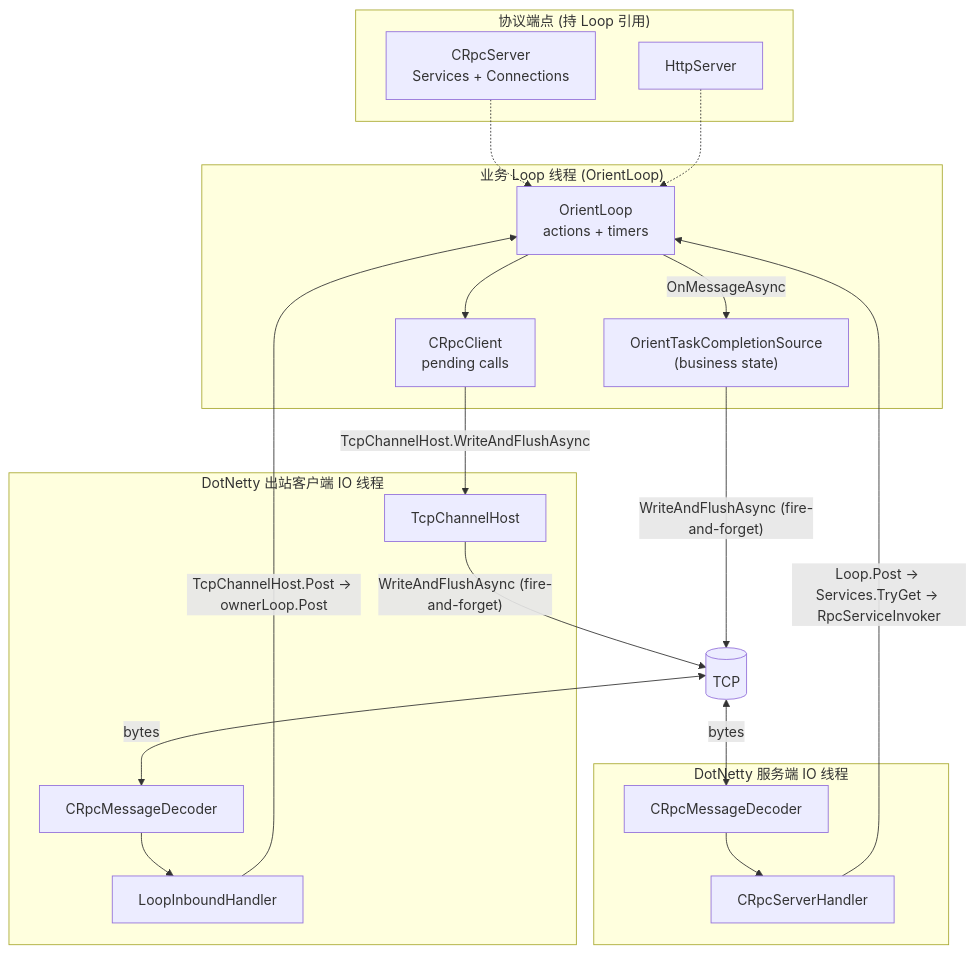
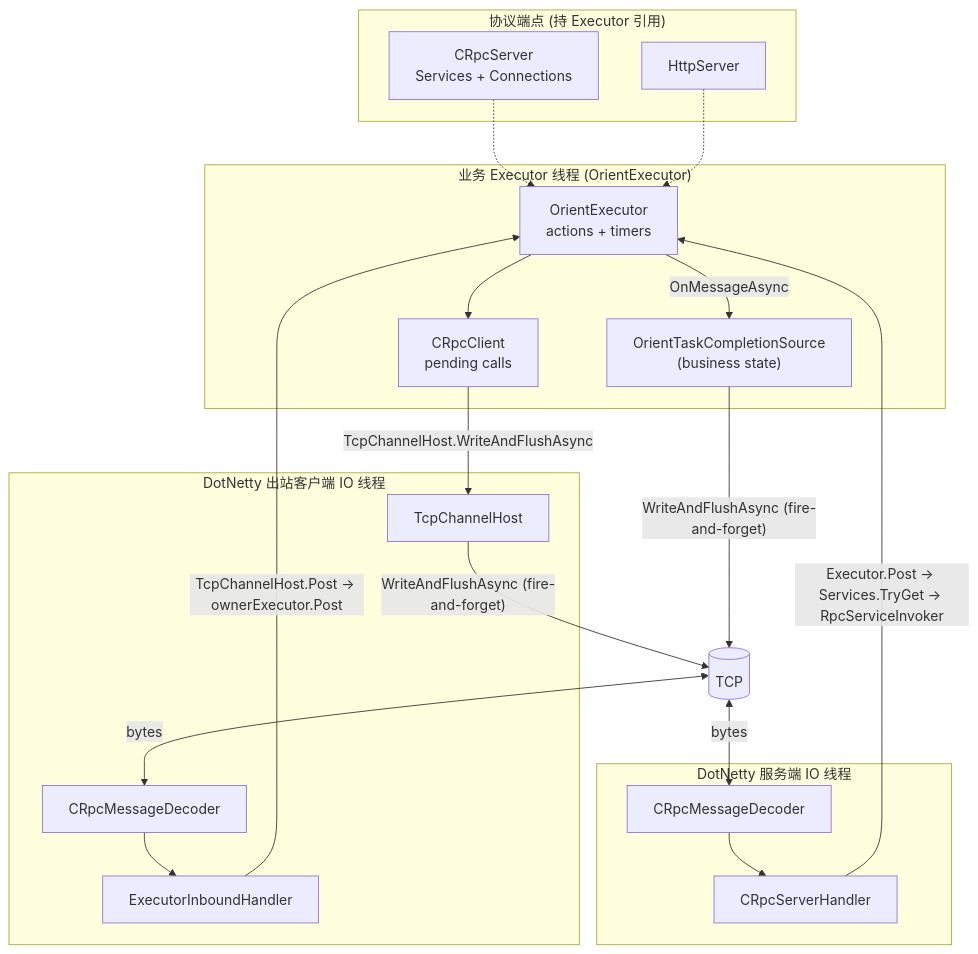
The first of 5 diagrams in Doc/architecture.md (orientye/orientdotnet), drawn with Mermaid before and after one commit. The commit also changed other lines of this file and 74 other files, not shown here.

````diff
--- a/Doc/architecture.md
+++ b/Doc/architecture.md
@@ -137,39 +137,39 @@
 ```mermaid
 flowchart TB
-    subgraph BusinessLoopThread["业务 Loop 线程 (OrientLoop)"]
-        Loop["OrientLoop<br/>actions + timers"]
+    subgraph BusinessExecutorThread["业务 Executor 线程 (OrientExecutor)"]
+        Exec["OrientExecutor<br/>actions + timers"]
         Client["CRpcClient<br/>pending calls"]
         TCS["OrientTaskCompletionSource<br/>(business state)"]
     end
 
-    subgraph Endpoints["协议端点 (持 Loop 引用)"]
+    subgraph Endpoints["协议端点 (持 Executor 引用)"]
         CrpcSrv["CRpcServer<br/>Services + Connections"]
         HttpSrv["HttpServer"]
     end
 
     subgraph NettyServer["DotNetty 服务端 IO 线程"]
         SH[CRpcServerHandler]
         DecS[CRpcMessageDecoder]
     end
 
     subgraph NettyClient["DotNetty 出站客户端 IO 线程"]
         Host[TcpChannelHost]
-        LIH[LoopInboundHandler]
+        LIH[ExecutorInboundHandler]
         DecC[CRpcMessageDecoder]
     end
 
     Net[(TCP)]
 
-    CrpcSrv -.-> Loop
-    HttpSrv -.-> Loop
+    CrpcSrv -.-> Exec
+    HttpSrv -.-> Exec
     Net <-- bytes --> DecS --> SH
-    SH -- "Loop.Post → Services.TryGet → RpcServiceInvoker" --> Loop
-    Loop -- "OnMessageAsync" --> TCS
+    SH -- "Executor.Post → Services.TryGet → RpcServiceInvoker" --> Exec
+    Exec -- "OnMessageAsync" --> TCS
     TCS -- "WriteAndFlushAsync (fire-and-forget)" --> Net
 
     Net <-- bytes --> DecC --> LIH
-    LIH -- "TcpChannelHost.Post → ownerLoop.Post" --> Loop
-    Loop --> Client
+    LIH -- "TcpChannelHost.Post → ownerExecutor.Post" --> Exec
+    Exec --> Client
     Client -- "TcpChannelHost.WriteAndFlushAsync" --> Host
     Host -- "WriteAndFlushAsync (fire-and-forget)" --> Net
 ```
````
